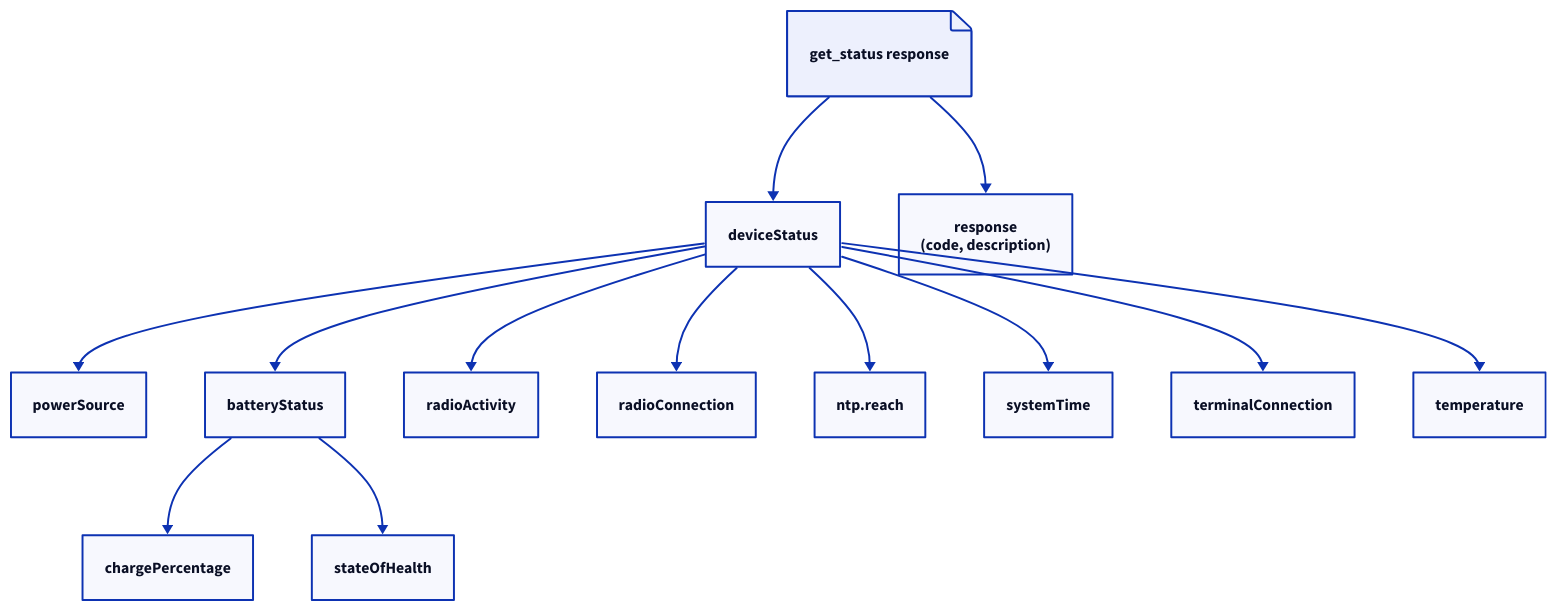
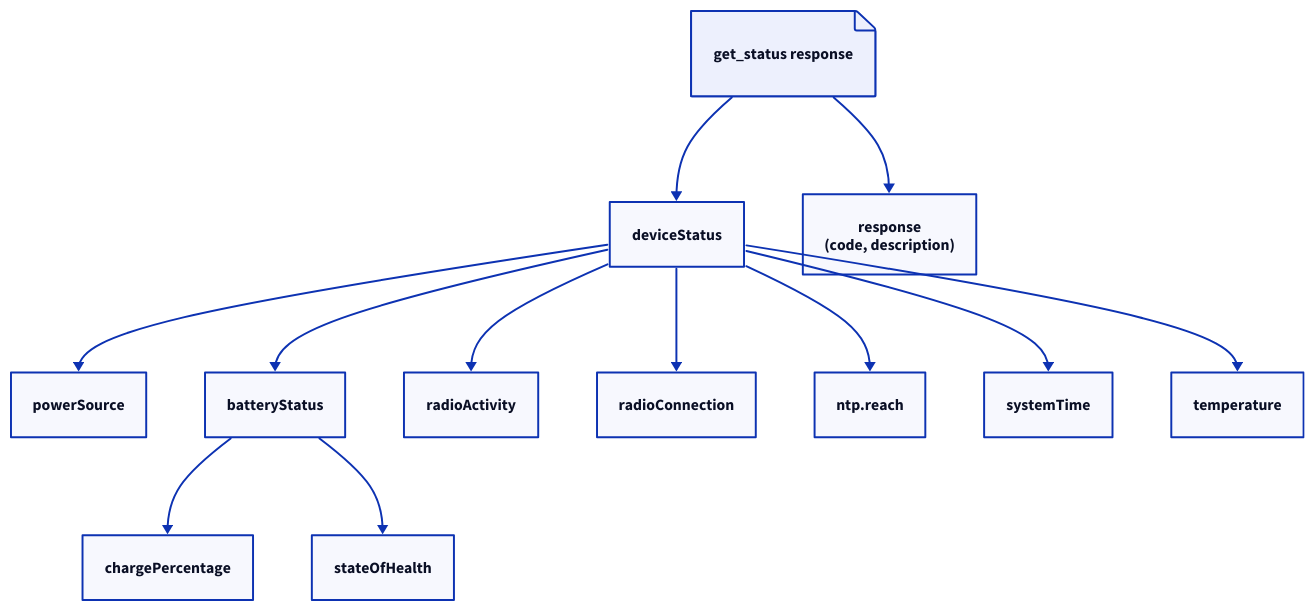
Before and after one commit to admiral-ai/zebra-handheld-rfid-iotc: the diagram in docs/observability/monitoring/device-health.md, drawn with D2. The commit also changed 72 other files, not shown here.

````diff
--- a/docs/observability/monitoring/device-health.md
+++ b/docs/observability/monitoring/device-health.md
@@ -20,28 +20,26 @@
 ```d2
 R: "get_status response" { shape: page }
 DS: deviceStatus
 RR: "response\n(code, description)"
 PS: powerSource
 BS: batteryStatus
 RA: radioActivity
 RC: radioConnection
 NT: ntp.reach
 ST: systemTime
-TC: terminalConnection
 TM: temperature
 BC: chargePercentage
 BH: stateOfHealth
 R -> DS
 R -> RR
 DS -> PS
 DS -> BS
 DS -> RA
 DS -> RC
 DS -> NT
 DS -> ST
-DS -> TC
 DS -> TM
 BS -> BC
 BS -> BH
 
 ```
````
